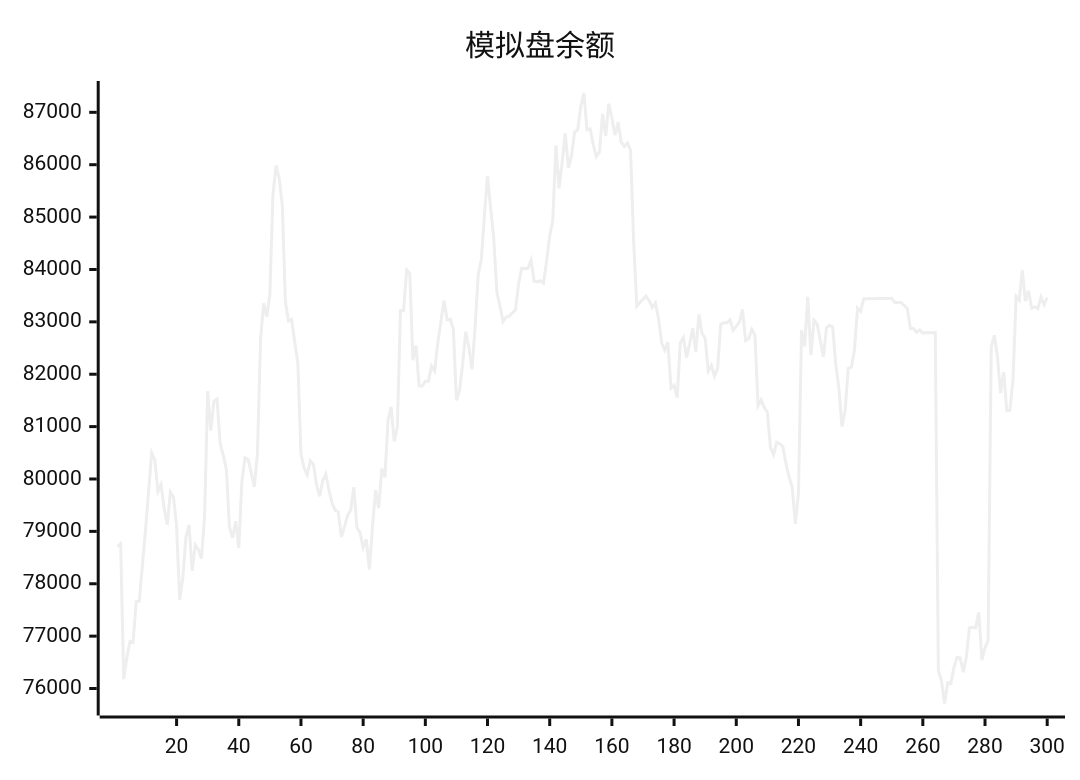
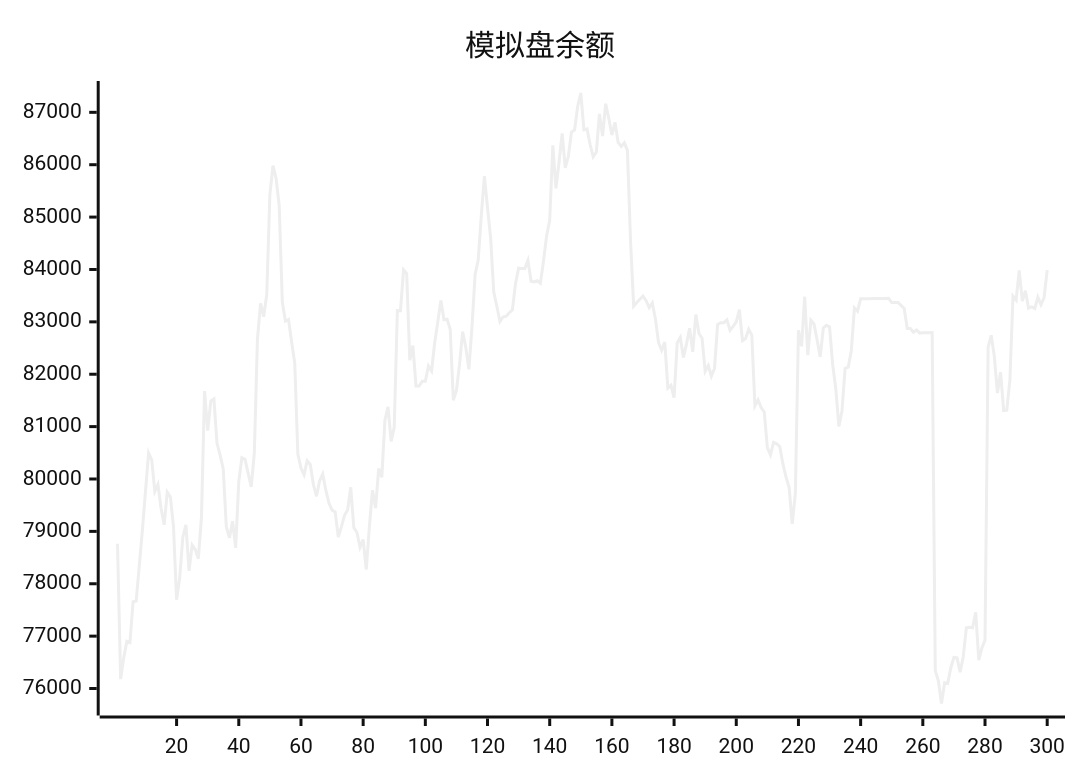
Before and after one commit to aahl/ai-trading: the diagram in README.md, drawn with Mermaid (neutral theme). The commit also changed other lines of this file and 1 other file, not shown here.

````diff
--- a/README.md
+++ b/README.md
@@ -5,5 +5,5 @@
 ```mermaid
 xychart
     title "模拟盘余额"
-    line [78708,78764,76179,76586,76902,76876,77658,77669,78346,79023,79769,80497,80366,79761,79896,79448,79126,79749,79658,79097,77695,78114,78888,79126,78249,78738,78653,78478,79271,81680,80923,81488,81527,80681,80455,80190,79084,78879,79193,78686,79954,80403,80374,80118,79848,80491,82665,83351,83098,83525,85430,85983,85737,85221,83378,83014,83043,82613,82216,80477,80208,80081,80348,80277,79894,79670,79965,80093,79786,79542,79406,79371,78893,79087,79304,79406,79841,79072,78978,78696,78846,78272,79085,79787,79442,80198,80031,81120,81379,80718,80985,83214,83212,83993,83921,82270,82547,81776,81776,81866,81866,82158,82061,82596,83000,83408,83041,83050,82858,81503,81691,82188,82812,82517,82092,82901,83898,84180,85030,85781,85178,84604,83569,83298,83008,83093,83107,83175,83228,83729,84025,84017,84019,84177,83775,83762,83785,83738,84160,84639,84939,86370,85548,86046,86599,85942,86161,86622,86664,87115,87369,86666,86685,86384,86152,86243,86969,86548,87164,86885,86566,86809,86427,86348,86417,86273,84538,83299,83369,83430,83490,83404,83270,83362,83056,82605,82459,82614,81734,81788,81551,82598,82702,82320,82580,82878,82426,83139,82778,82686,82056,82166,81963,82110,82951,82983,82984,83038,82838,82915,82998,83235,82642,82682,82858,82746,81396,81512,81362,81277,80600,80461,80699,80673,80616,80288,80038,79836,79142,79722,82837,82533,83480,82366,83032,82960,82654,82330,82883,82934,82901,82188,81728,81005,81298,82110,82135,82449,83264,83203,83440,83439,83440,83440,83446,83447,83448,83447,83448,83449,83369,83369,83369,83313,83256,82872,82873,82801,82844,82785,82791,82791,82793,82794,76339,76145,75714,76110,76096,76397,76594,76585,76310,76607,77160,77170,77160,77456,76541,76774,76927,82520,82744,82337,81639,82040,81307,81314,81887,83490,83414,83984,83396,83594,83261,83287,83253,83470,83327,83465]
+    line [78764,76179,76586,76902,76876,77658,77669,78346,79023,79769,80497,80366,79761,79896,79448,79126,79749,79658,79097,77695,78114,78888,79126,78249,78738,78653,78478,79271,81680,80923,81488,81527,80681,80455,80190,79084,78879,79193,78686,79954,80403,80374,80118,79848,80491,82665,83351,83098,83525,85430,85983,85737,85221,83378,83014,83043,82613,82216,80477,80208,80081,80348,80277,79894,79670,79965,80093,79786,79542,79406,79371,78893,79087,79304,79406,79841,79072,78978,78696,78846,78272,79085,79787,79442,80198,80031,81120,81379,80718,80985,83214,83212,83993,83921,82270,82547,81776,81776,81866,81866,82158,82061,82596,83000,83408,83041,83050,82858,81503,81691,82188,82812,82517,82092,82901,83898,84180,85030,85781,85178,84604,83569,83298,83008,83093,83107,83175,83228,83729,84025,84017,84019,84177,83775,83762,83785,83738,84160,84639,84939,86370,85548,86046,86599,85942,86161,86622,86664,87115,87369,86666,86685,86384,86152,86243,86969,86548,87164,86885,86566,86809,86427,86348,86417,86273,84538,83299,83369,83430,83490,83404,83270,83362,83056,82605,82459,82614,81734,81788,81551,82598,82702,82320,82580,82878,82426,83139,82778,82686,82056,82166,81963,82110,82951,82983,82984,83038,82838,82915,82998,83235,82642,82682,82858,82746,81396,81512,81362,81277,80600,80461,80699,80673,80616,80288,80038,79836,79142,79722,82837,82533,83480,82366,83032,82960,82654,82330,82883,82934,82901,82188,81728,81005,81298,82110,82135,82449,83264,83203,83440,83439,83440,83440,83446,83447,83448,83447,83448,83449,83369,83369,83369,83313,83256,82872,82873,82801,82844,82785,82791,82791,82793,82794,76339,76145,75714,76110,76096,76397,76594,76585,76310,76607,77160,77170,77160,77456,76541,76774,76927,82520,82744,82337,81639,82040,81307,81314,81887,83490,83414,83984,83396,83594,83261,83287,83253,83470,83327,83465,83987]
 ```
````
